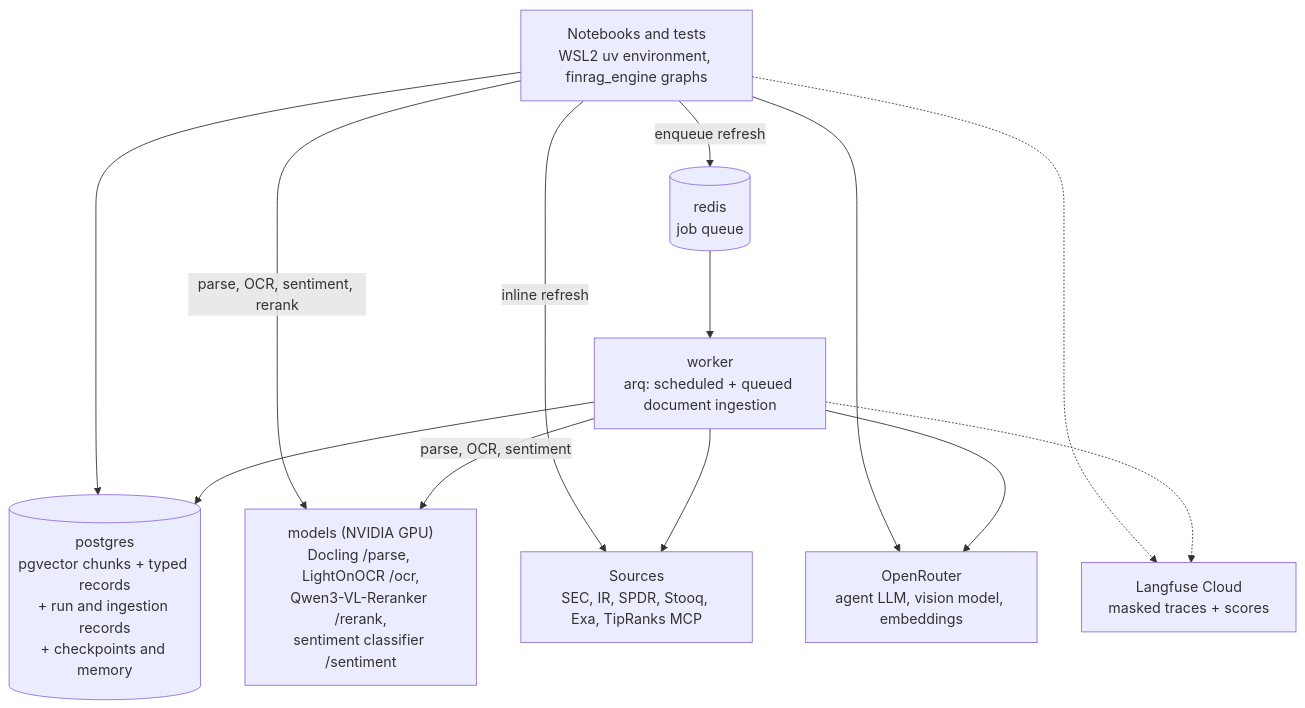
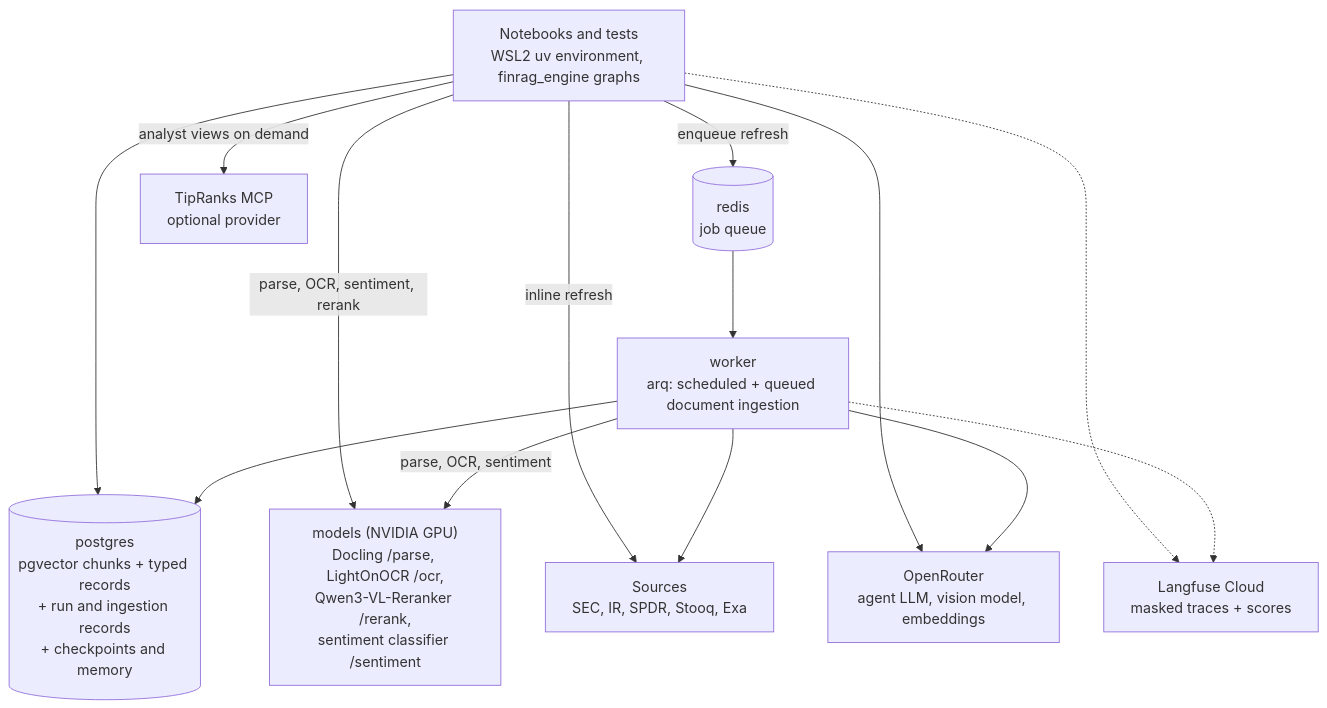
Before and after one commit to chazyman/financial-agent-capstone: the second of 2 diagrams in docs/DESIGN.md, drawn with Mermaid. The commit also changed other lines of this file and 4 other files, not shown here.

````diff
--- a/docs/DESIGN.md
+++ b/docs/DESIGN.md
@@ -624,23 +685,25 @@
 ```mermaid
 flowchart TB
     NB["Notebooks and tests<br/>WSL2 uv environment, finrag_engine graphs"]
     RQ[("redis<br/>job queue")]
     W["worker<br/>arq: scheduled + queued document ingestion"]
     M["models (NVIDIA GPU)<br/>Docling /parse, LightOnOCR /ocr,<br/>Qwen3-VL-Reranker /rerank,<br/>sentiment classifier /sentiment"]
     PG[("postgres<br/>pgvector chunks + typed records<br/>+ run and ingestion records<br/>+ checkpoints and memory")]
     OR["OpenRouter<br/>agent LLM, vision model, embeddings"]
-    EXT["Sources<br/>SEC, IR, SPDR, Stooq, Exa, TipRanks MCP"]
+    EXT["Sources<br/>SEC, IR, SPDR, Stooq, Exa"]
+    TR["TipRanks MCP<br/>optional provider"]
     LF["Langfuse Cloud<br/>masked traces + scores"]
 
     NB -->|enqueue refresh| RQ --> W
     NB --> PG
     W --> PG
     NB -->|parse, OCR, sentiment, rerank| M
     NB -->|inline refresh| EXT
+    NB -->|analyst views on demand| TR
     W -->|parse, OCR, sentiment| M
     W --> EXT
     NB --> OR
     W --> OR
     NB -.-> LF
     W -.-> LF
 ```
````
